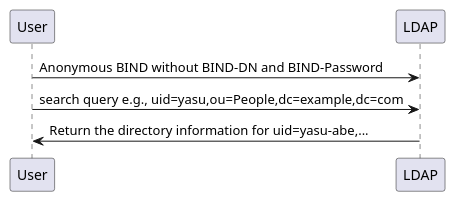
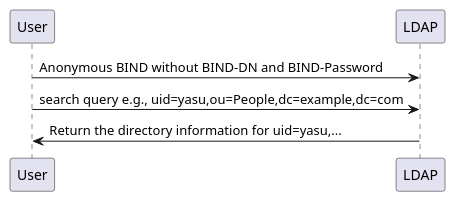
Before and after one commit to YasuhiroABE/qiita.com: the diagram in public/20250606_openwebui_ldapauth.md, drawn with PlantUML.

Commit message:
Fixed the wrong uid=yasu-abe to uid=yasu of the plantuml.

````diff
--- a/public/20250606_openwebui_ldapauth.md
+++ b/public/20250606_openwebui_ldapauth.md
@@ -25,5 +25,5 @@
 ```plantuml
 User -> LDAP : Anonymous BIND without BIND-DN and BIND-Password
 User -> LDAP : search query e.g., uid=yasu,ou=People,dc=example,dc=com
-LDAP -> User : Return the directory information for uid=yasu-abe,...
+LDAP -> User : Return the directory information for uid=yasu,...
 ```
````
